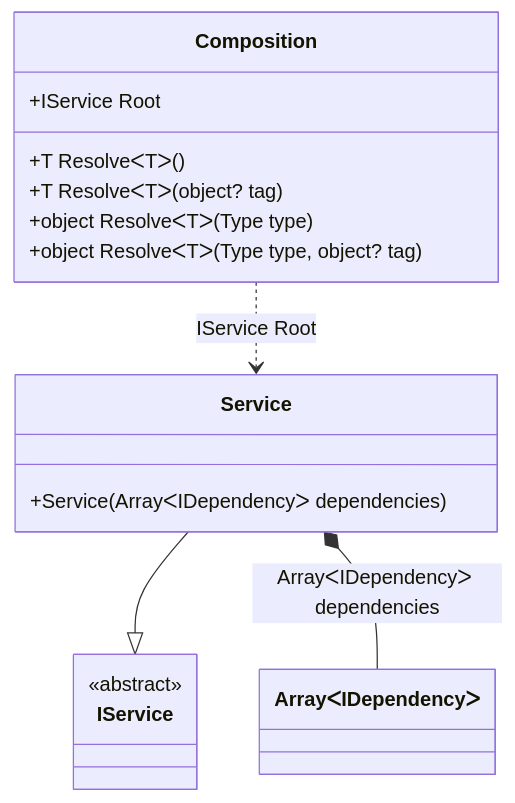
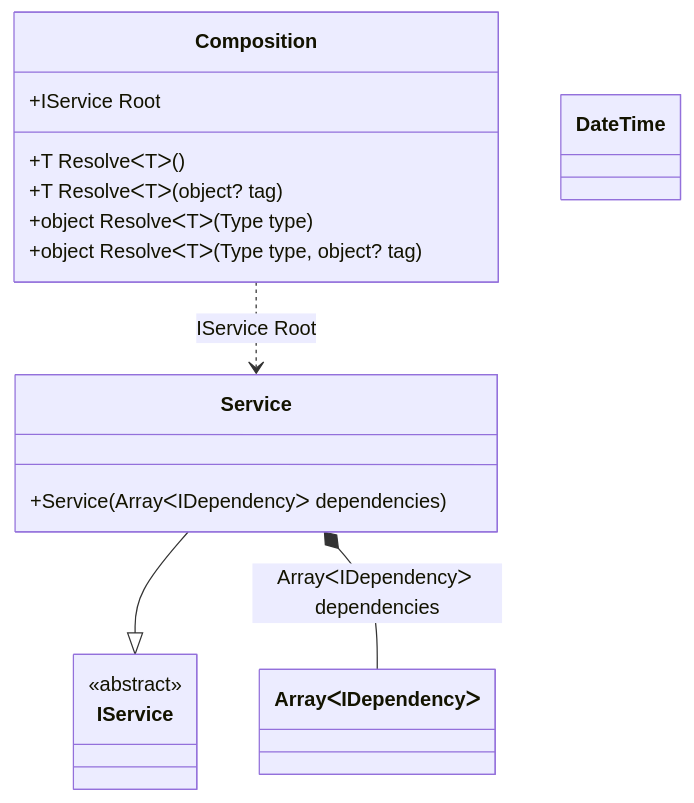
The diagram in readme/overriding-the-bcl-binding.md (DevTeam/Pure.DI), drawn with Mermaid before and after one commit. The commit also changed other lines of this file and 46 other files, not shown here.

````diff
--- a/readme/overriding-the-bcl-binding.md
+++ b/readme/overriding-the-bcl-binding.md
@@ -49,20 +49,21 @@
 ```mermaid
 classDiagram
   class Composition {
     +IService Root
     +T ResolveᐸTᐳ()
     +T ResolveᐸTᐳ(object? tag)
     +object ResolveᐸTᐳ(Type type)
     +object ResolveᐸTᐳ(Type type, object? tag)
   }
   Service --|> IService : 
   class Service {
     +Service(ArrayᐸIDependencyᐳ dependencies)
   }
+  class DateTime
   class ArrayᐸIDependencyᐳ
   class IService {
     <<abstract>>
   }
   Service *--  ArrayᐸIDependencyᐳ : ArrayᐸIDependencyᐳ dependencies
   Composition ..> Service : IService Root
 ```
````
